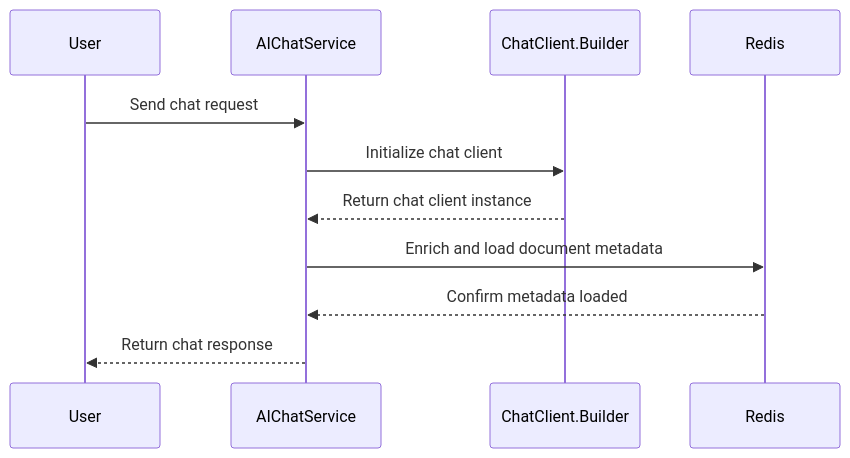
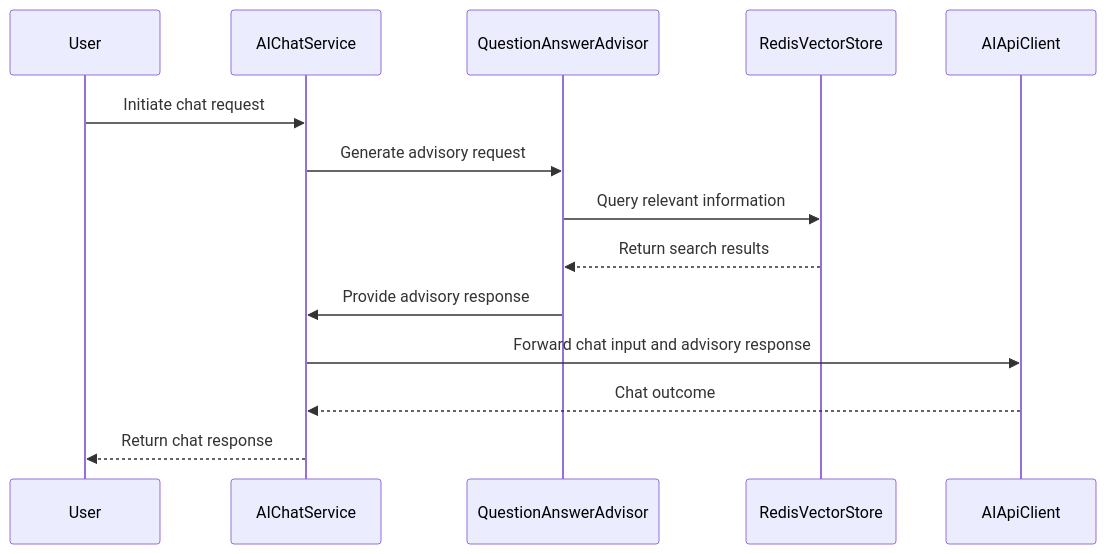
Before and after one commit to rajadilipkolli/ai-playground: the diagram in rag/rag-springai-ollama-llm/ReadMe.md, drawn with Mermaid. The commit also changed 4 other files, not shown here.

````diff
--- a/rag/rag-springai-ollama-llm/ReadMe.md
+++ b/rag/rag-springai-ollama-llm/ReadMe.md
@@ -9,14 +9,17 @@
 ```mermaid
 sequenceDiagram
     participant User
     participant AIChatService
-    participant ChatClient.Builder
-    participant Redis
+    participant QuestionAnswerAdvisor
+    participant RedisVectorStore
+    participant AIApiClient
 
-    User->>AIChatService: Send chat request
-    AIChatService->>ChatClient.Builder: Initialize chat client
-    ChatClient.Builder-->>AIChatService: Return chat client instance
-    AIChatService->>Redis: Enrich and load document metadata
-    Redis-->>AIChatService: Confirm metadata loaded
+    User->>AIChatService: Initiate chat request
+    AIChatService->>QuestionAnswerAdvisor: Generate advisory request
+    QuestionAnswerAdvisor->>RedisVectorStore: Query relevant information
+    RedisVectorStore-->>QuestionAnswerAdvisor: Return search results
+    QuestionAnswerAdvisor->>AIChatService: Provide advisory response
+    AIChatService->>AIApiClient: Forward chat input and advisory response
+    AIApiClient-->>AIChatService: Chat outcome
     AIChatService-->>User: Return chat response
 ```
````
